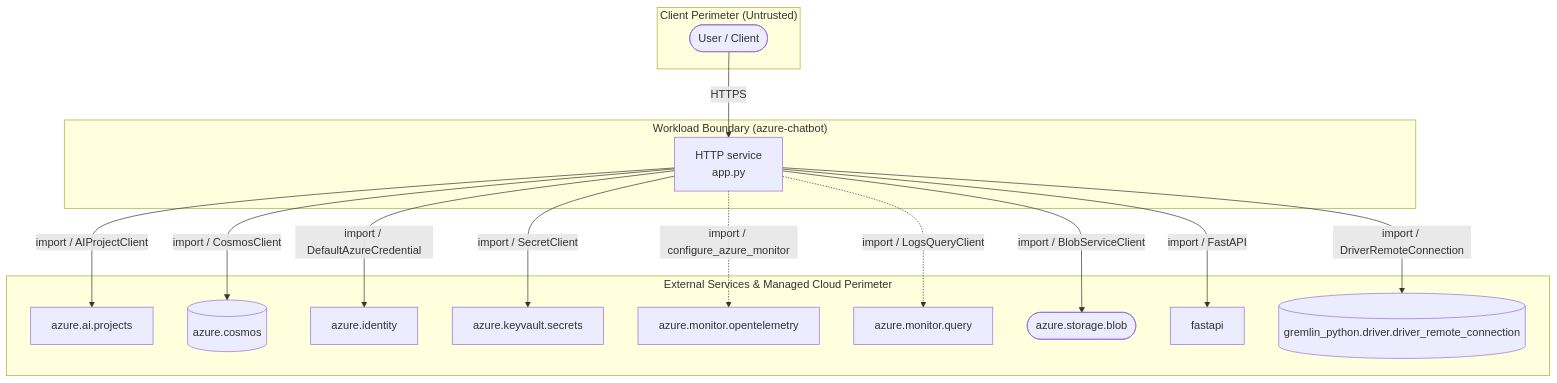
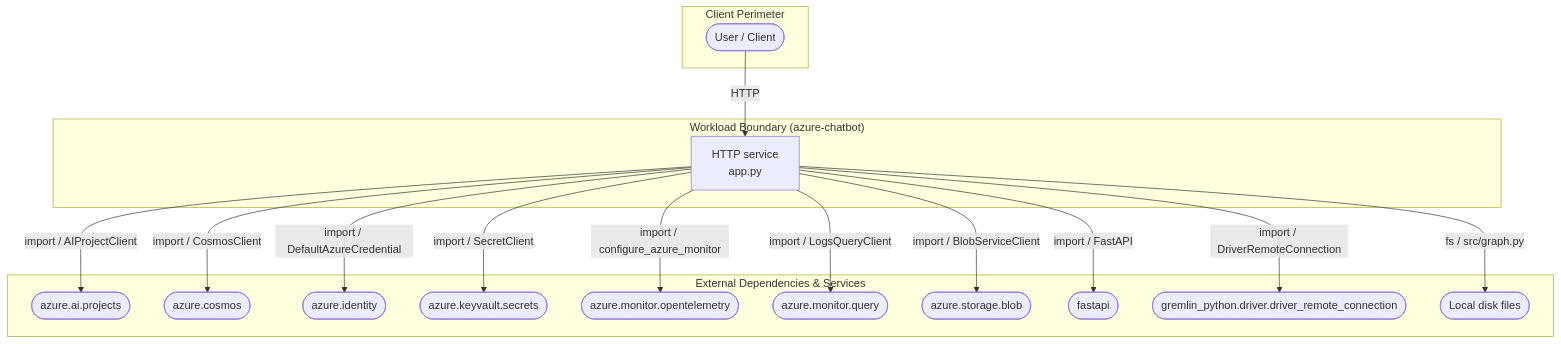
The first of 4 diagrams in examples/azure-chatbot-architecture.md (Dodhon/arch-map), drawn with Mermaid before and after one commit. The commit also changed other lines of this file and 3 other files, not shown here.

Commit message:
refactor: pure AST-driven component & data-flow extraction with zero hardcoded heuristics

````diff
--- a/examples/azure-chatbot-architecture.md
+++ b/examples/azure-chatbot-architecture.md
@@ -18,30 +18,32 @@
 ```mermaid
 flowchart TB
-    subgraph ClientZone["Client Perimeter (Untrusted)"]
+    subgraph ClientZone["Client Perimeter"]
         User(["User / Client"])
     end
     subgraph AppBoundary["Workload Boundary (azure-chatbot)"]
         RT_src["HTTP service\napp.py"]
     end
-    subgraph CloudPerimeter["External Services & Managed Cloud Perimeter"]
-        X_azure_ai_projects["azure.ai.projects"]
-        X_azure_cosmos[("azure.cosmos")]
-        X_azure_identity["azure.identity"]
-        X_azure_keyvault_secrets["azure.keyvault.secrets"]
-        X_azure_monitor_opentelemetry["azure.monitor.opentelemetry"]
-        X_azure_monitor_query["azure.monitor.query"]
+    subgraph CloudPerimeter["External Dependencies & Services"]
+        X_azure_ai_projects(["azure.ai.projects"])
+        X_azure_cosmos(["azure.cosmos"])
+        X_azure_identity(["azure.identity"])
+        X_azure_keyvault_secrets(["azure.keyvault.secrets"])
+        X_azure_monitor_opentelemetry(["azure.monitor.opentelemetry"])
+        X_azure_monitor_query(["azure.monitor.query"])
         X_azure_storage_blob(["azure.storage.blob"])
-        X_fastapi["fastapi"]
-        X_gremlin_python_driver_driver_remote_connection[("gremlin_python.driver.driver_remote_connection")]
+        X_fastapi(["fastapi"])
+        X_gremlin_python_driver_driver_remote_connection(["gremlin_python.driver.driver_remote_connection"])
+        X_Local_disk_files(["Local disk files"])
     end
-    User -->|HTTPS| RT_src
+    User -->|HTTP| RT_src
     RT_src -->|"import / AIProjectClient"| X_azure_ai_projects
     RT_src -->|"import / CosmosClient"| X_azure_cosmos
     RT_src -->|"import / DefaultAzureCredential"| X_azure_identity
     RT_src -->|"import / SecretClient"| X_azure_keyvault_secrets
-    RT_src -.->|"import / configure_azure_monitor"| X_azure_monitor_opentelemetry
-    RT_src -.->|"import / LogsQueryClient"| X_azure_monitor_query
+    RT_src -->|"import / configure_azure_monitor"| X_azure_monitor_opentelemetry
+    RT_src -->|"import / LogsQueryClient"| X_azure_monitor_query
     RT_src -->|"import / BlobServiceClient"| X_azure_storage_blob
     RT_src -->|"import / FastAPI"| X_fastapi
     RT_src -->|"import / DriverRemoteConnection"| X_gremlin_python_driver_driver_remote_connection
+    RT_src -->|"fs / src/graph.py"| X_Local_disk_files
 ```
````
